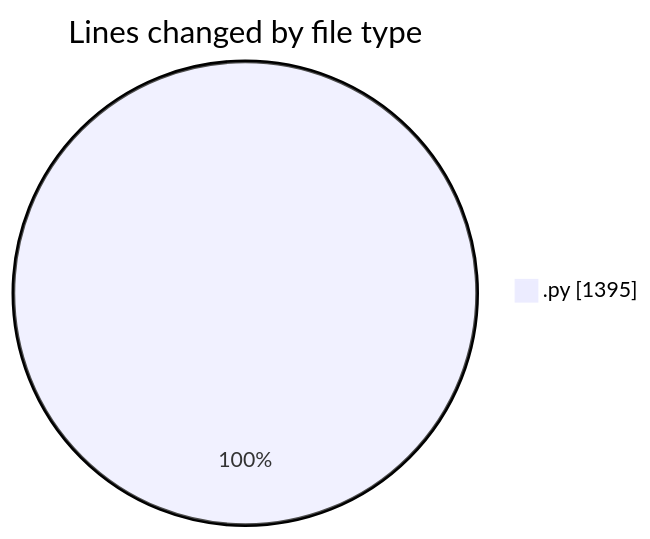
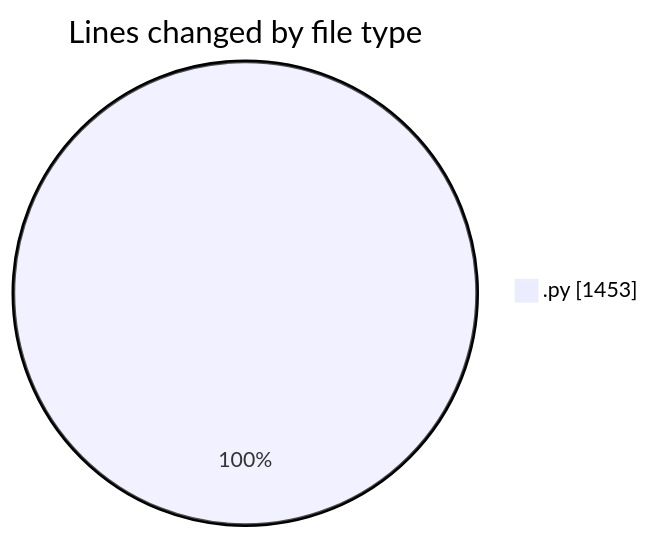
Before and after one commit to MatusMokan/code-tracking: the first of 2 diagrams in 2025-05-08/myws__workspace_/README.md, drawn with Mermaid. The commit also changed other lines of this file and 1 other file, not shown here.

````diff
--- a/2025-05-08/myws__workspace_/README.md
+++ b/2025-05-08/myws__workspace_/README.md
@@ -22,5 +22,5 @@
 ```mermaid
 pie showData
 title Lines changed by file type
-".py" : 1395
+".py" : 1453
 ```
````
